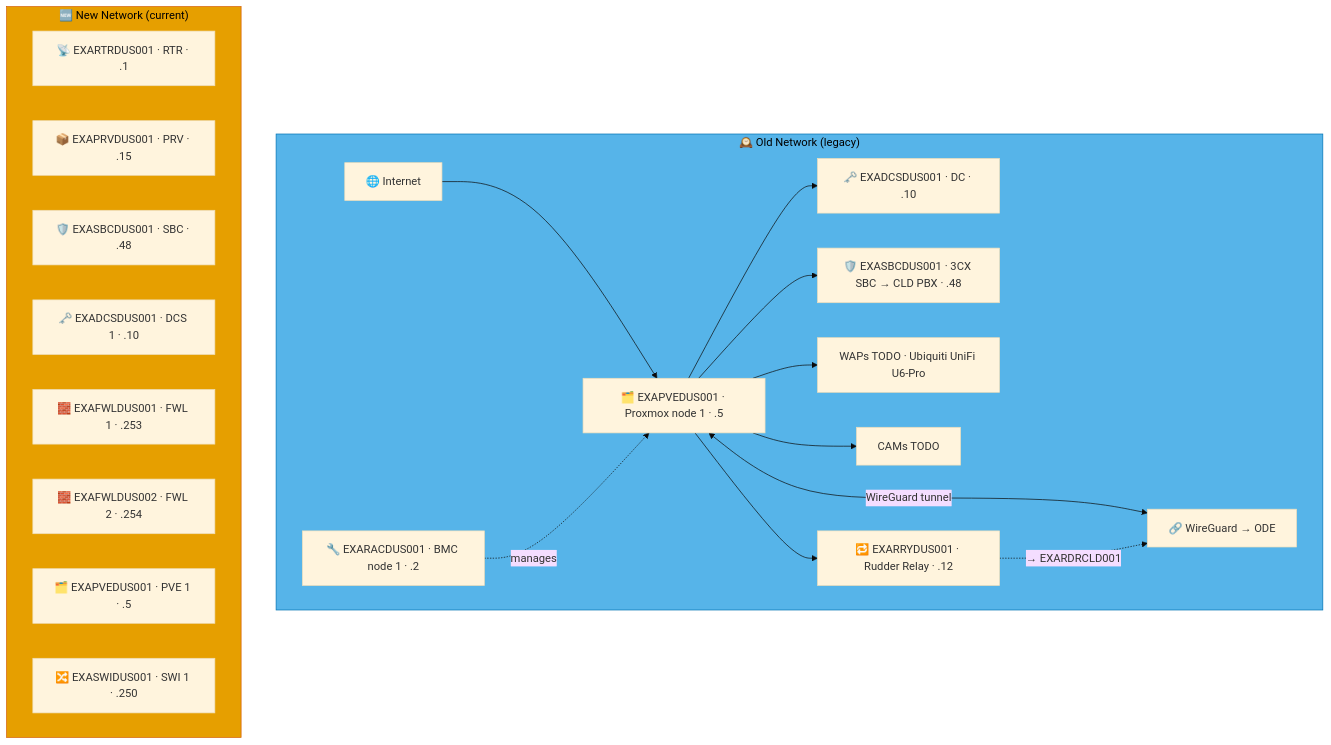
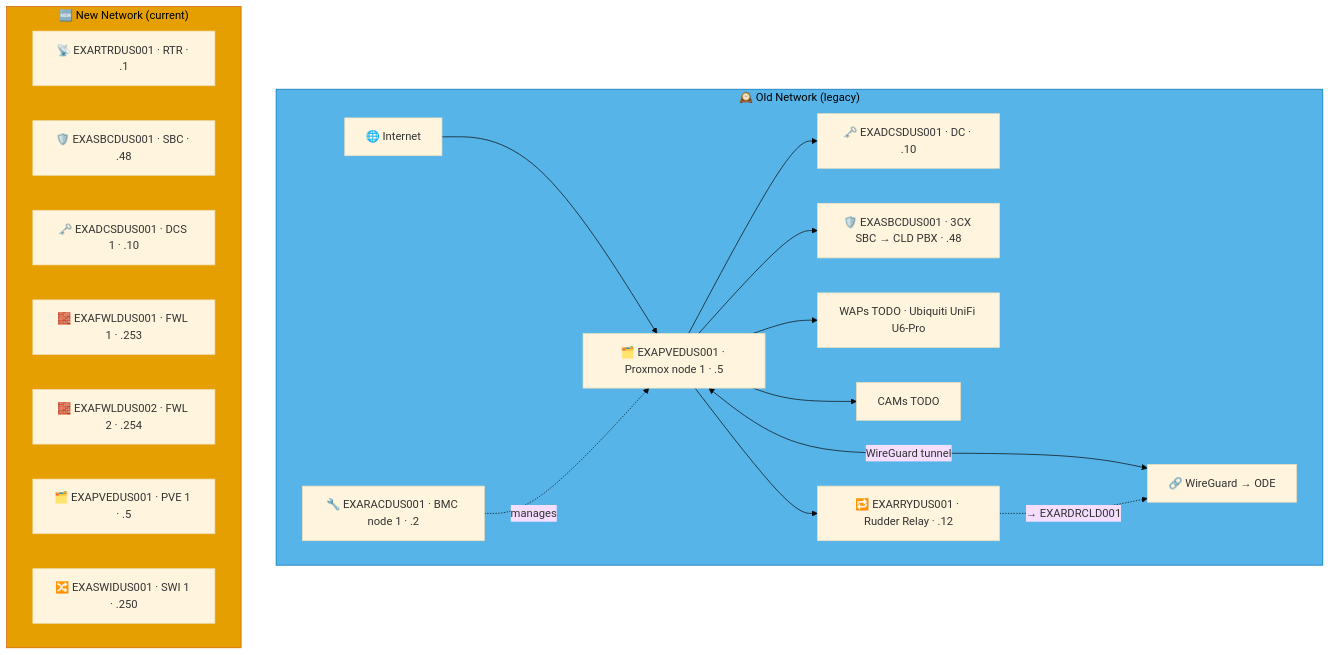
One commit to knightmare2600/example_music_infra changed the fifth of 5 diagrams in docs/network-diagram/deutschland.md. Above: the diagram before and after it, drawn with Mermaid (base theme). The commit also changed other lines of this file and 55 other files, not shown here.

````diff
--- a/docs/network-diagram/deutschland.md
+++ b/docs/network-diagram/deutschland.md
@@ -226,36 +222,35 @@
 ```mermaid
 graph TD
     subgraph OLD_DUS ["🕰️ Old Network (legacy)"]
       INET["🌐 Internet"]
       RAC["🔧 EXARACDUS001 · BMC node 1 · .2"]
       PVE["🗂️ EXAPVEDUS001 · Proxmox node 1 · .5"]
       DC["🗝️ EXADCSDUS001 · DC · .10"]
       SBC["🛡️ EXASBCDUS001 · 3CX SBC → CLD PBX · .48"]
       RRY["🔁 EXARRYDUS001 · Rudder Relay · .12"]
       WAP["WAPs TODO · Ubiquiti UniFi U6-Pro"]
       CAM["CAMs TODO"]
       VPN["🔗 WireGuard → ODE"]
 
       INET --> PVE --> DC & SBC
       RAC -.->|"manages"| PVE
       PVE --> WAP & CAM
       PVE <-->|"WireGuard tunnel"| VPN
 
       PVE --> RRY
       RRY -. "→ EXARDRCLD001" .-> VPN
     end
     style OLD_DUS fill:#56B4E9,stroke:#0072B2,color:#000000
     %% GENERATED:NEW-NETWORK:DUS:START
     subgraph NEW_DUS ["🆕 New Network (current)"]
       N_RTR["📡 EXARTRDUS001 · RTR · .1"]
-      N_PRV["📦 EXAPRVDUS001 · PRV · .15"]
       N_SBC["🛡️ EXASBCDUS001 · SBC · .48"]
       N_DCS["🗝️ EXADCSDUS001 · DCS 1 · .10"]
       N_FWL["🧱 EXAFWLDUS001 · FWL 1 · .253"]
       N_FWL2["🧱 EXAFWLDUS002 · FWL 2 · .254"]
       N_PVE["🗂️ EXAPVEDUS001 · PVE 1 · .5"]
       N_SWI["🔀 EXASWIDUS001 · SWI 1 · .250"]
     end
     style NEW_DUS fill:#E69F00,stroke:#D55E00,color:#000000
     %% GENERATED:NEW-NETWORK:DUS:END
 ```
````
